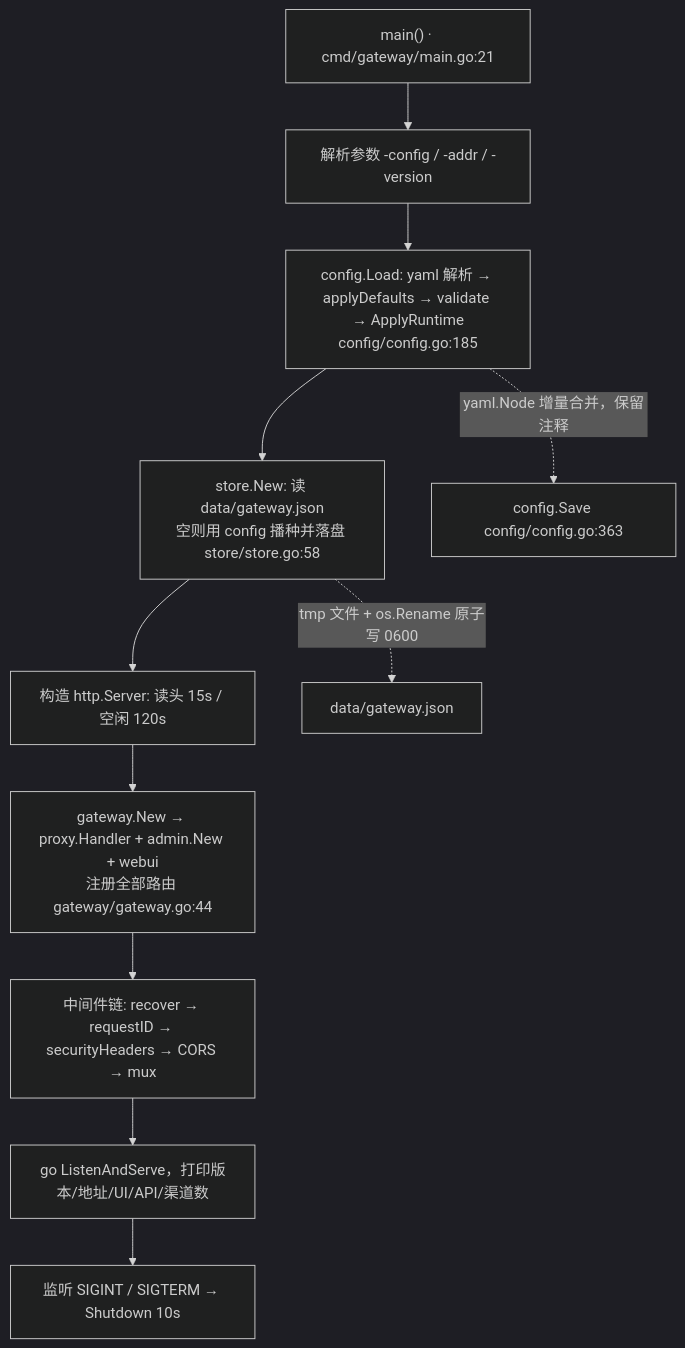
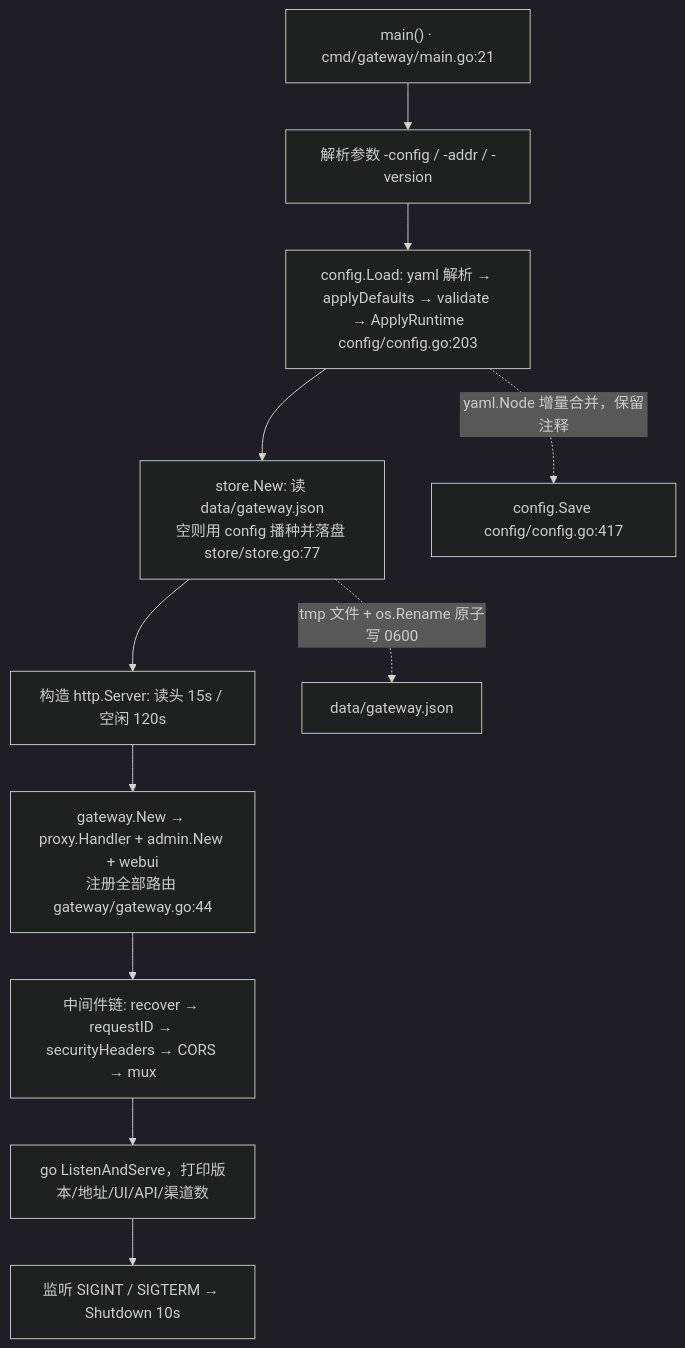
The first of 3 diagrams in README.md (xieyuhua/ApiToken), drawn with Mermaid (dark theme) before and after one commit. The commit also changed other lines of this file and 26 other files, not shown here.

````diff
--- a/README.md
+++ b/README.md
@@ -726,14 +746,14 @@
 ```mermaid
 flowchart TD
     A["main() · cmd/gateway/main.go:21"] --> B["解析参数 -config / -addr / -version"]
-    B --> C["config.Load: yaml 解析 → applyDefaults → validate → ApplyRuntime<br/>config/config.go:185"]
-    C --> D["store.New: 读 data/gateway.json<br/>空则用 config 播种并落盘 store/store.go:58"]
+    B --> C["config.Load: yaml 解析 → applyDefaults → validate → ApplyRuntime<br/>config/config.go:203"]
+    C --> D["store.New: 读 data/gateway.json<br/>空则用 config 播种并落盘 store/store.go:77"]
     D --> E["构造 http.Server: 读头 15s / 空闲 120s"]
     E --> F["gateway.New → proxy.Handler + admin.New + webui<br/>注册全部路由 gateway/gateway.go:44"]
     F --> G["中间件链: recover → requestID → securityHeaders → CORS → mux"]
     G --> H["go ListenAndServe，打印版本/地址/UI/API/渠道数"]
     H --> I["监听 SIGINT / SIGTERM → Shutdown 10s"]
 
-    C -.->|"yaml.Node 增量合并，保留注释"| C1["config.Save config/config.go:363"]
+    C -.->|"yaml.Node 增量合并，保留注释"| C1["config.Save config/config.go:417"]
     D -.->|"tmp 文件 + os.Rename 原子写 0600"| D1["data/gateway.json"]
 ```
````
